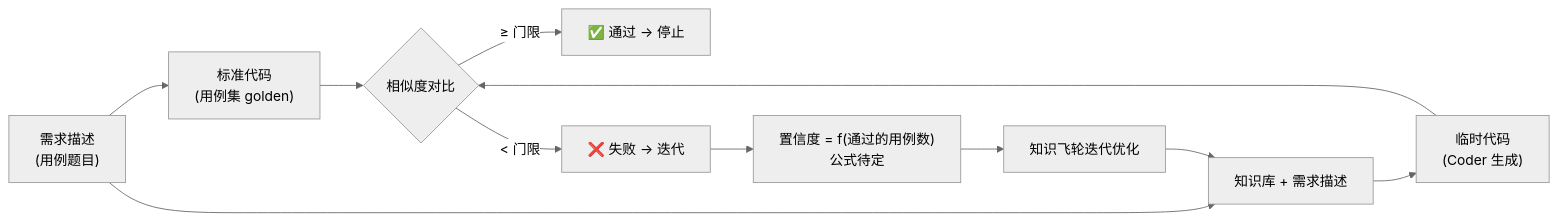
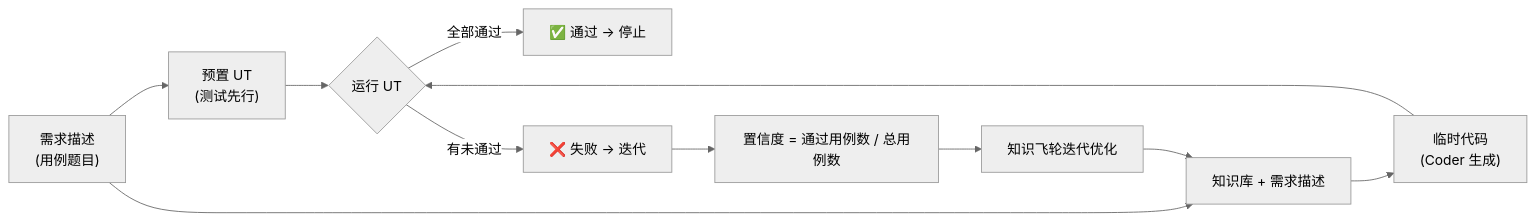
The second of 2 diagrams in wiki/docs/flywheel.md (linlisWorkTeam/wpKnowledge), drawn with Mermaid (neutral theme) before and after one commit. The commit also changed other lines of this file and 2 other files, not shown here.

Commit message:
docs(wiki): sync from note repo (2026-08-20_18:27)

````diff
--- a/wiki/docs/flywheel.md
+++ b/wiki/docs/flywheel.md
@@ -91,13 +91,13 @@
 ```mermaid
 flowchart LR
-    A["需求描述<br/>(用例题目)"] --> B["标准代码<br/>(用例集 golden)"]
+    A["需求描述<br/>(用例题目)"] --> B["预置 UT<br/>(测试先行)"]
     A --> C["知识库 + 需求描述"]
     C --> D["临时代码<br/>(Coder 生成)"]
-    D --> E{"相似度对比"}
+    D --> E{"运行 UT"}
     B --> E
-    E -->|"≥ 门限"| F["✅ 通过 → 停止"]
-    E -->|"< 门限"| G["❌ 失败 → 迭代"]
-    G --> H["置信度 = f(通过的用例数)<br/>公式待定"]
+    E -->|"全部通过"| F["✅ 通过 → 停止"]
+    E -->|"有未通过"| G["❌ 失败 → 迭代"]
+    G --> H["置信度 = 通过用例数 / 总用例数"]
     H --> I["知识飞轮迭代优化"]
     I --> C
 ```
````
